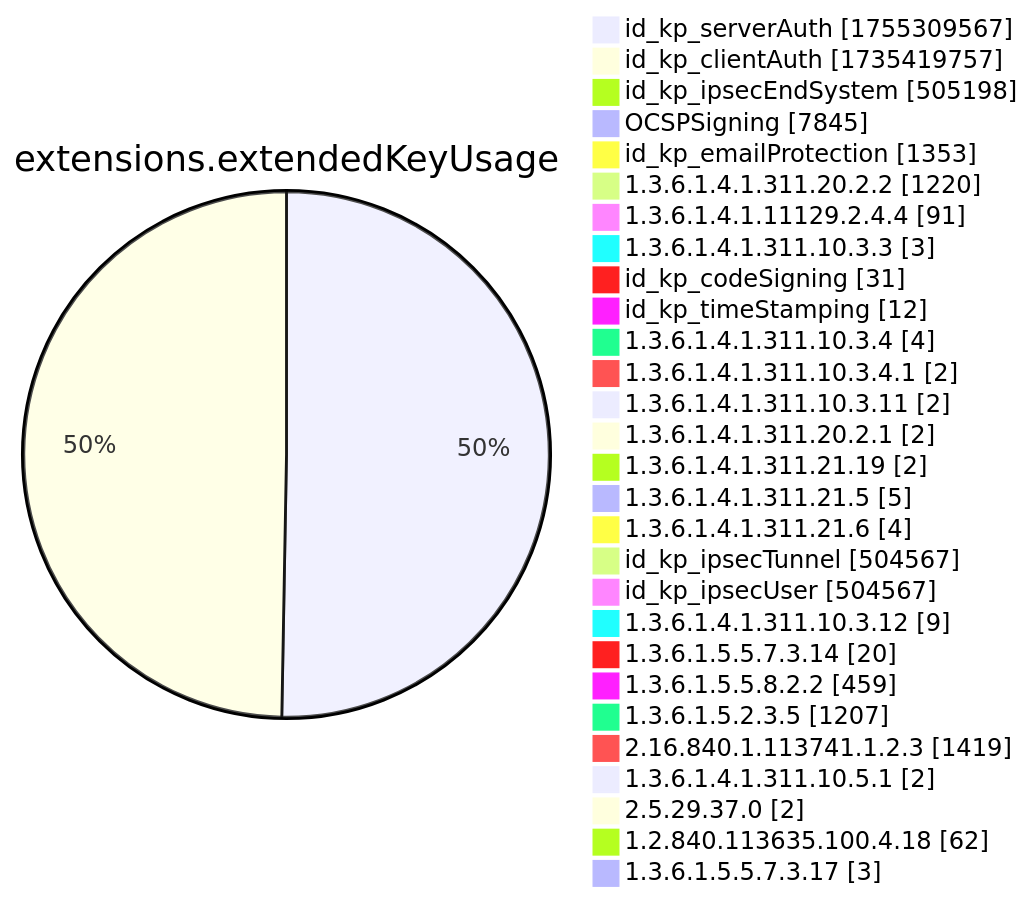
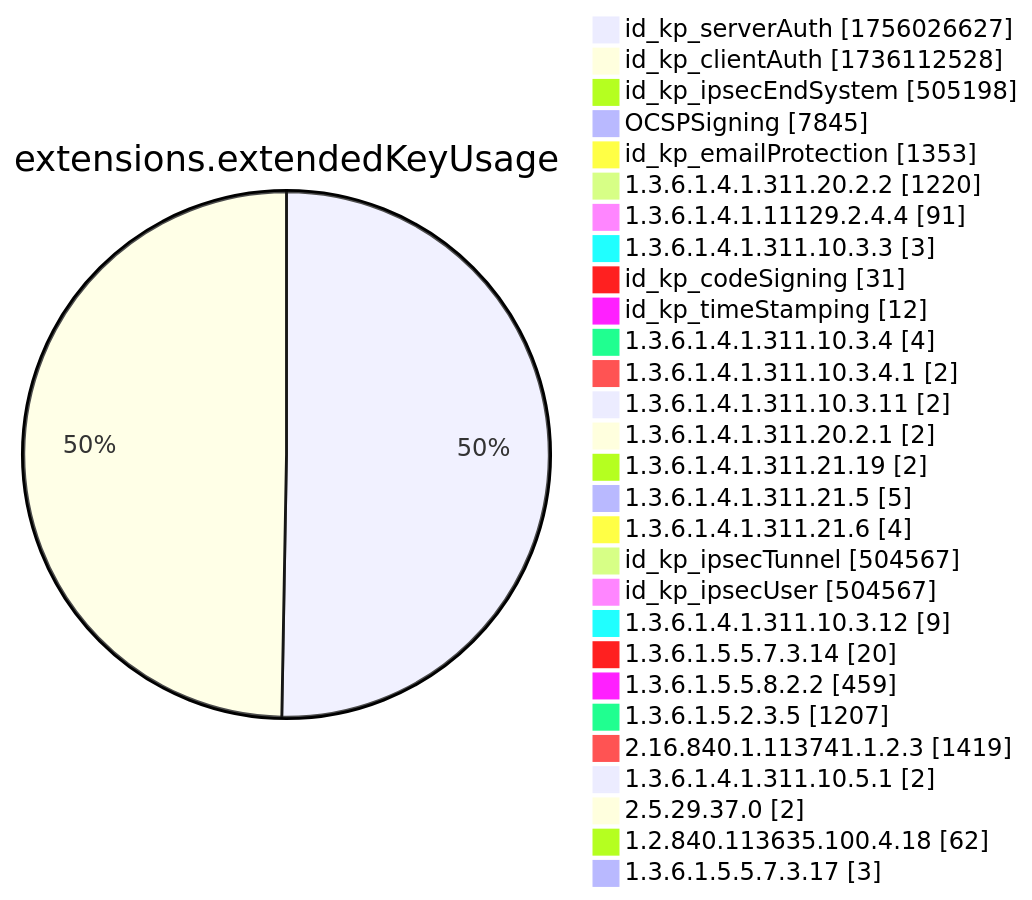
One commit to christiankrug/ctmonitor_visualization changed diagram 12 of 15 in xenon2022/README.md. Above: the diagram before and after it, drawn with Mermaid. The commit also changed other lines of this file, not shown here.

````diff
--- a/xenon2022/README.md
+++ b/xenon2022/README.md
@@ -3892,32 +3892,32 @@
 ```mermaid
 pie showData
 title extensions.extendedKeyUsage
-"id_kp_serverAuth" :1755309567
-"id_kp_clientAuth" :1735419757
+"id_kp_serverAuth" :1756026627
+"id_kp_clientAuth" :1736112528
 "id_kp_ipsecEndSystem" :505198
 "OCSPSigning" :7845
 "id_kp_emailProtection" :1353
 "1.3.6.1.4.1.311.20.2.2" :1220
 "1.3.6.1.4.1.11129.2.4.4" :91
 "1.3.6.1.4.1.311.10.3.3" :3
 "id_kp_codeSigning" :31
 "id_kp_timeStamping" :12
 "1.3.6.1.4.1.311.10.3.4" :4
 "1.3.6.1.4.1.311.10.3.4.1" :2
 "1.3.6.1.4.1.311.10.3.11" :2
 "1.3.6.1.4.1.311.20.2.1" :2
 "1.3.6.1.4.1.311.21.19" :2
 "1.3.6.1.4.1.311.21.5" :5
 "1.3.6.1.4.1.311.21.6" :4
 "id_kp_ipsecTunnel" :504567
 "id_kp_ipsecUser" :504567
 "1.3.6.1.4.1.311.10.3.12" :9
 "1.3.6.1.5.5.7.3.14" :20
 "1.3.6.1.5.5.8.2.2" :459
 "1.3.6.1.5.2.3.5" :1207
 "2.16.840.1.113741.1.2.3" :1419
 "1.3.6.1.4.1.311.10.5.1" :2
 "2.5.29.37.0" :2
 "1.2.840.113635.100.4.18" :62
 "1.3.6.1.5.5.7.3.17" :3
 ```
````
